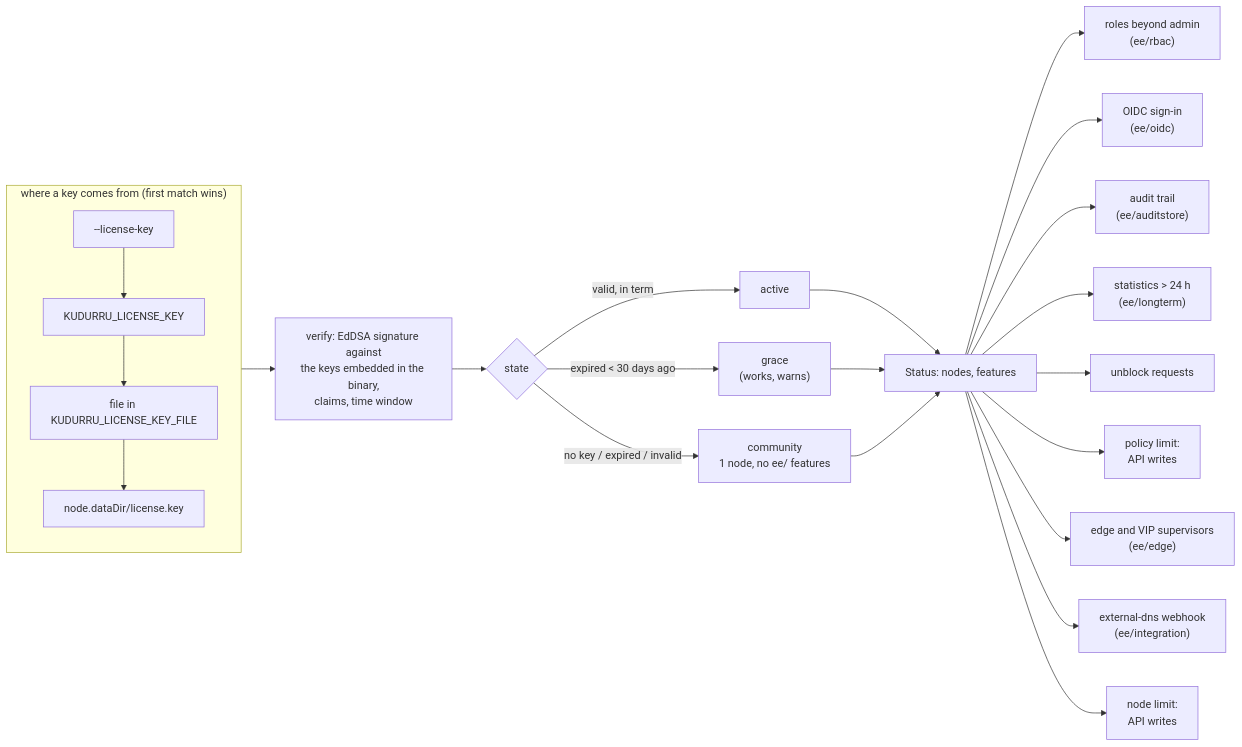
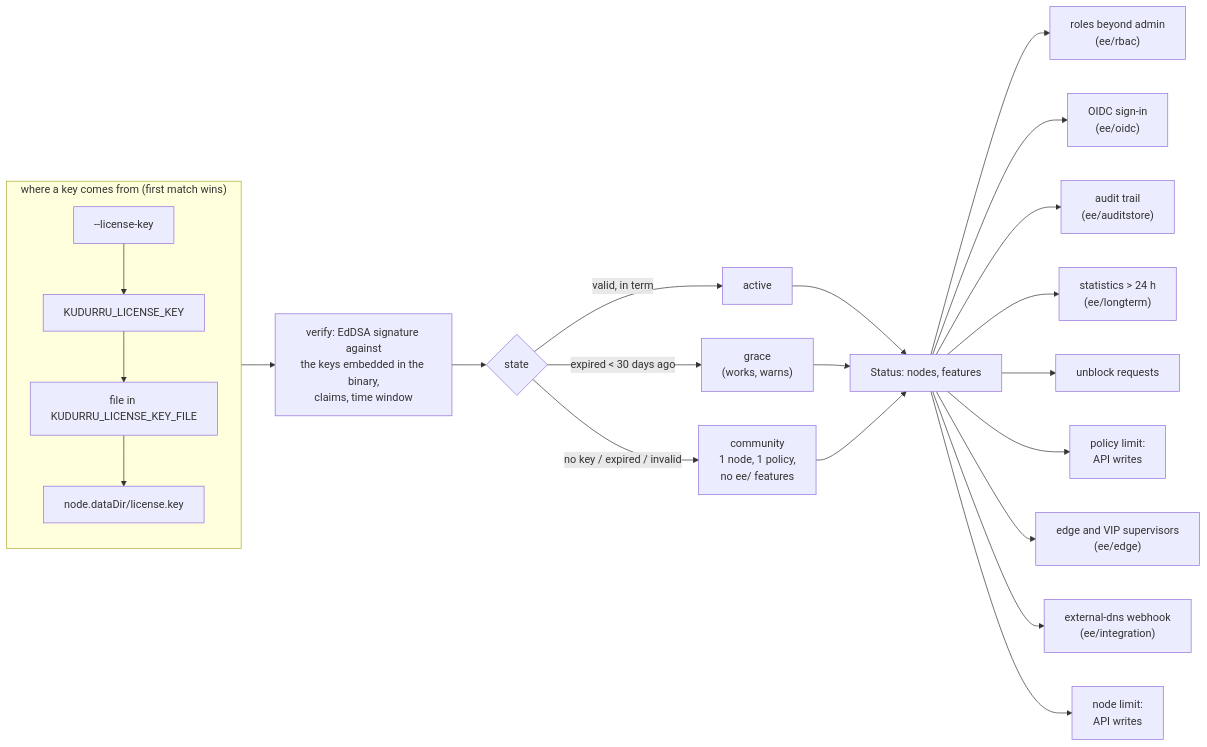
The diagram in docs/architecture/licensing.md (robertherbaugh/kudurru), drawn with Mermaid before and after one commit. The commit also changed other lines of this file and 45 other files, not shown here.

First line of the commit message:
license: without a key only the default policy

````diff
--- a/docs/architecture/licensing.md
+++ b/docs/architecture/licensing.md
@@ -18,24 +18,24 @@
 ```mermaid
 flowchart LR
     subgraph src["where a key comes from (first match wins)"]
         direction TB
         F["--license-key"] --> E["KUDURRU_LICENSE_KEY"] --> EF["file in KUDURRU_LICENSE_KEY_FILE"] --> DD["node.dataDir/license.key"]
     end
     src --> V["verify: EdDSA signature against<br/>the keys embedded in the binary,<br/>claims, time window"]
     V --> S{"state"}
     S -->|"valid, in term"| A["active"]
     S -->|"expired < 30 days ago"| G["grace<br/>(works, warns)"]
-    S -->|"no key / expired / invalid"| C["community<br/>1 node, no ee/ features"]
+    S -->|"no key / expired / invalid"| C["community<br/>1 node, 1 policy,<br/>no ee/ features"]
     A --> D["Status: nodes, features"]
     G --> D
     C --> D
     D --> RB["roles beyond admin<br/>(ee/rbac)"]
     D --> OIDC["OIDC sign-in<br/>(ee/oidc)"]
     D --> AU["audit trail<br/>(ee/auditstore)"]
     D --> LT["statistics > 24 h<br/>(ee/longterm)"]
     D --> RQ["unblock requests"]
     D --> PL["policy limit:<br/>API writes"]
     D --> EDGE["edge and VIP supervisors<br/>(ee/edge)"]
     D --> INT["external-dns webhook<br/>(ee/integration)"]
     D --> LIM["node limit:<br/>API writes"]
 ```
````
